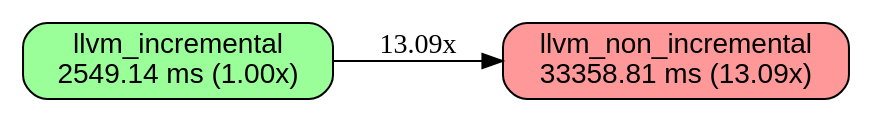
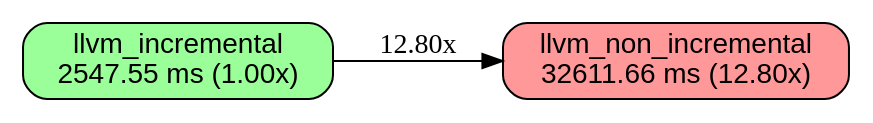
Before and after one commit to orgrinrt/hilavitkutin: the diagram in docs/BENCHES.build-static.mid_n97.linux-x86_64-c4-container-intel.dot, drawn with Graphviz. The commit also changed 9 other files, not shown here.

```diff
--- a/docs/BENCHES.build-static.mid_n97.linux-x86_64-c4-container-intel.dot
+++ b/docs/BENCHES.build-static.mid_n97.linux-x86_64-c4-container-intel.dot
@@ -1,14 +1,14 @@
 // AUTO-GENERATED: DO NOT EDIT DIRECTLY
 //
 // Generated by: mockspace (mock)
-// Generated at: 2026-11-19T23:03:37Z
+// Generated at: 2026-11-20T09:14:29Z
 // Source: mock/
 // To regenerate: cargo mock
 
 digraph "build-static/mid_n97 on linux-x86_64-c4-container-intel" {
   rankdir=LR;
   node [shape=box, style="rounded,filled", fontname="Helvetica"];
-  v0 [label="llvm_incremental\n2549.14 ms (1.00x)", fillcolor="0.330 0.4 1.0"];
-  v1 [label="llvm_non_incremental\n33358.81 ms (13.09x)", fillcolor="0.000 0.4 1.0"];
-  v0 -> v1 [label="13.09x"];
+  v0 [label="llvm_incremental\n2547.55 ms (1.00x)", fillcolor="0.330 0.4 1.0"];
+  v1 [label="llvm_non_incremental\n32611.66 ms (12.80x)", fillcolor="0.000 0.4 1.0"];
+  v0 -> v1 [label="12.80x"];
 }
```
